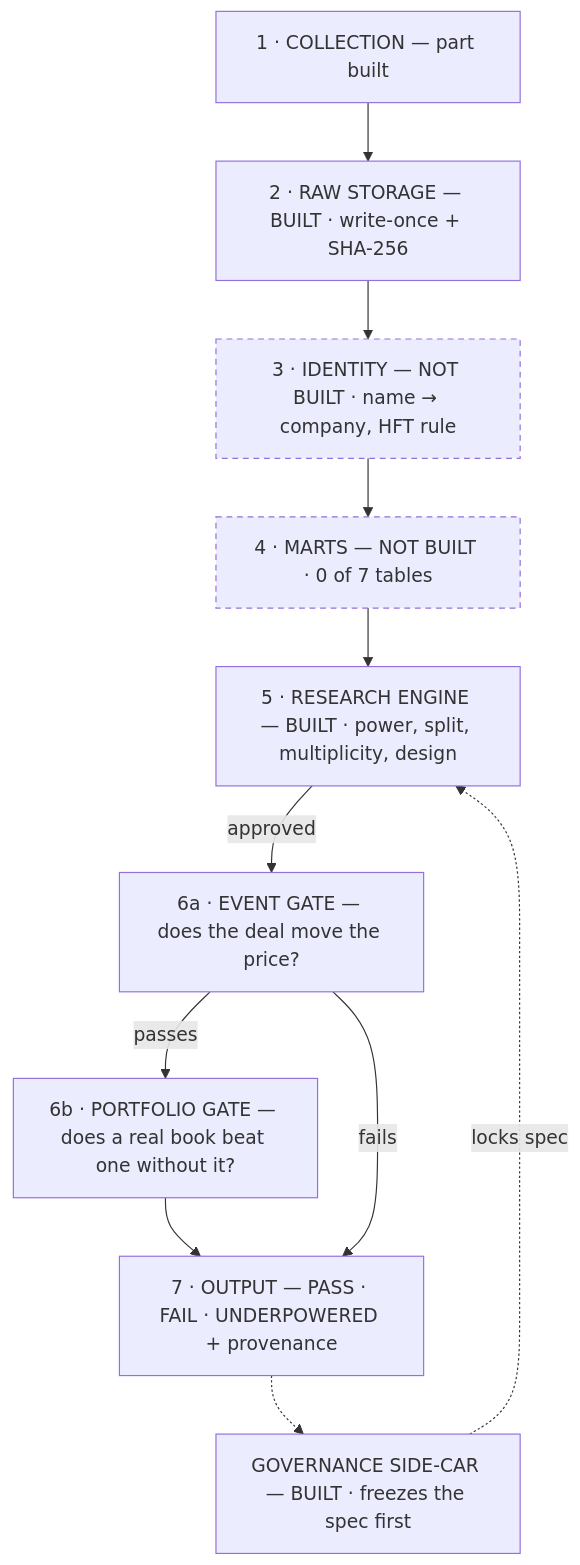
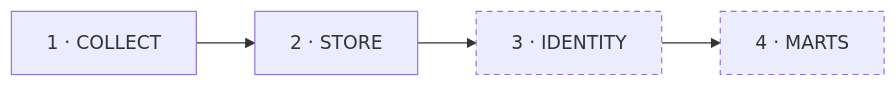
The second of 5 diagrams in docs/report/PROJECT_REPORT.md (markandeyavarma3-lab/MICC_V3), drawn with Mermaid before and after one commit. The commit also changed other lines of this file and 1 other file, not shown here.

First line of the commit message:
report: bind it to what the code actually does, not what it did on 18 August

````diff
--- a/docs/report/PROJECT_REPORT.md
+++ b/docs/report/PROJECT_REPORT.md
@@ -649,22 +727,6 @@
 ```mermaid
-flowchart TB
-  C["1 · COLLECTION — part built"]
-  S["2 · RAW STORAGE — BUILT · write-once + SHA-256"]
-  I["3 · IDENTITY — NOT BUILT · name → company, HFT rule"]
-  M["4 · MARTS — NOT BUILT · 0 of 7 tables"]
-  R["5 · RESEARCH ENGINE — BUILT · power, split, multiplicity, design"]
-  G1["6a · EVENT GATE — does the deal move the price?"]
-  G2["6b · PORTFOLIO GATE — does a real book beat one without it?"]
-  O["7 · OUTPUT — PASS · FAIL · UNDERPOWERED + provenance"]
-  GOV["GOVERNANCE SIDE-CAR — BUILT · freezes the spec first"]
-
-  C --> S --> I --> M --> R
-  R -->|"approved"| G1
-  G1 -->|"passes"| G2 --> O
-  G1 -->|"fails"| O
-  GOV -.->|"locks spec"| R
-  O -.-> GOV
-
+flowchart LR
+  C["1 · COLLECT"] --> S["2 · STORE"] --> I["3 · IDENTITY"] --> M["4 · MARTS"]
   classDef pending stroke-dasharray:5 4
   class I,M pending
 ```
````
